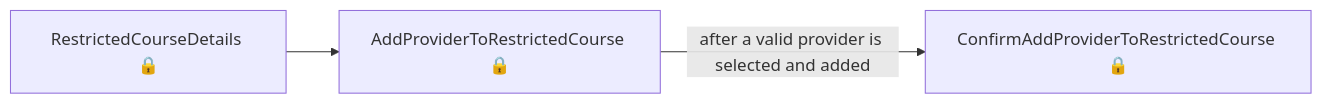
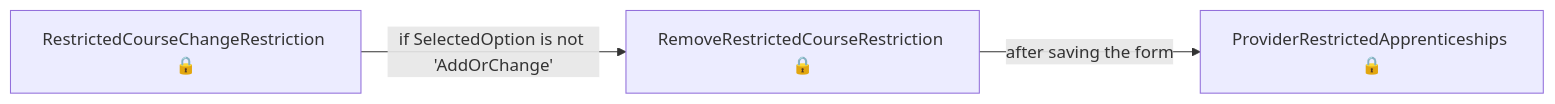
The sixth of 15 diagrams in das-admin-roatp-web/user-journeys/user-journeys.md (talentconsulting/atlas-dfe), drawn with Mermaid before and after one commit. The commit also changed other lines of this file and 36 other files, not shown here.

````diff
--- a/das-admin-roatp-web/user-journeys/user-journeys.md
+++ b/das-admin-roatp-web/user-journeys/user-journeys.md
@@ -96,5 +71,5 @@
 ```mermaid
 flowchart LR
-  p0["RestrictedCourseDetails 🔒"] --> p1["AddProviderToRestrictedCourse 🔒"]
-  p1["AddProviderToRestrictedCourse 🔒"] -->|"after a valid provider is selected and added"| p2["ConfirmAddProviderToRestrictedCourse 🔒"]
+  p0["RestrictedCourseChangeRestriction 🔒"] -->|"if SelectedOption is not 'AddOrChange'"| p1["RemoveRestrictedCourseRestriction 🔒"]
+  p1["RemoveRestrictedCourseRestriction 🔒"] -->|"after saving the form"| p2["ProviderRestrictedApprenticeships 🔒"]
 ```
````
